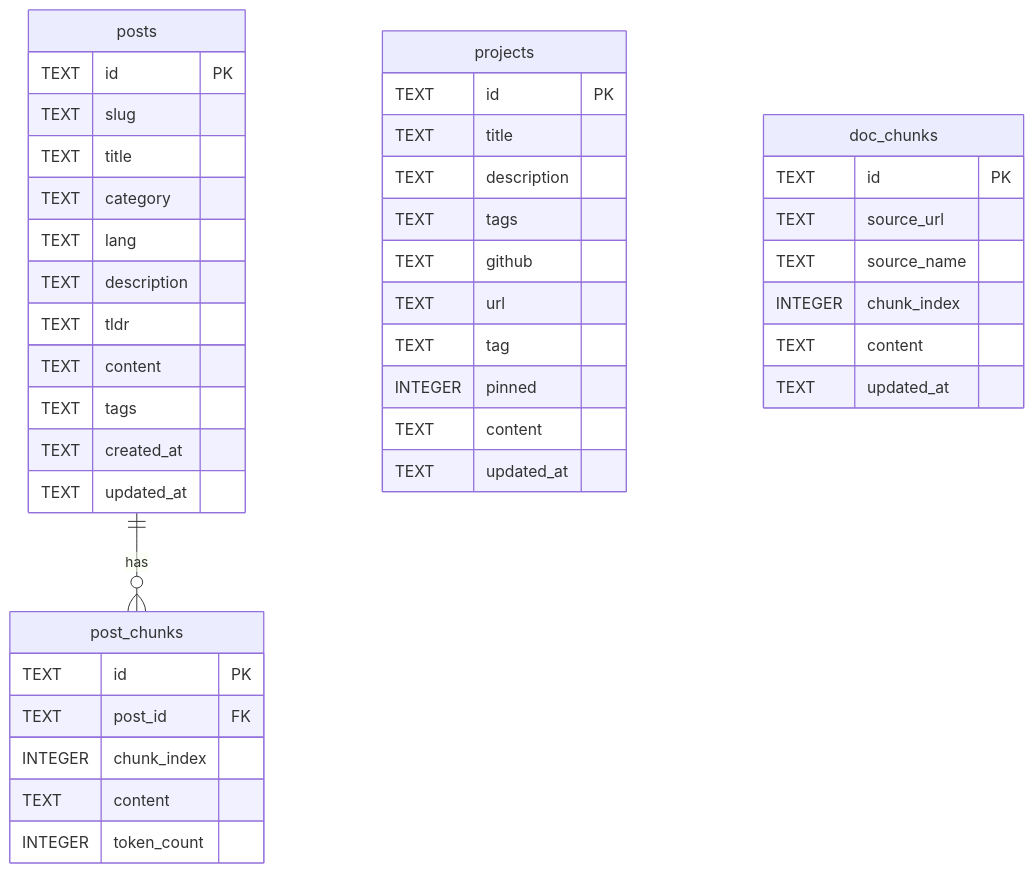
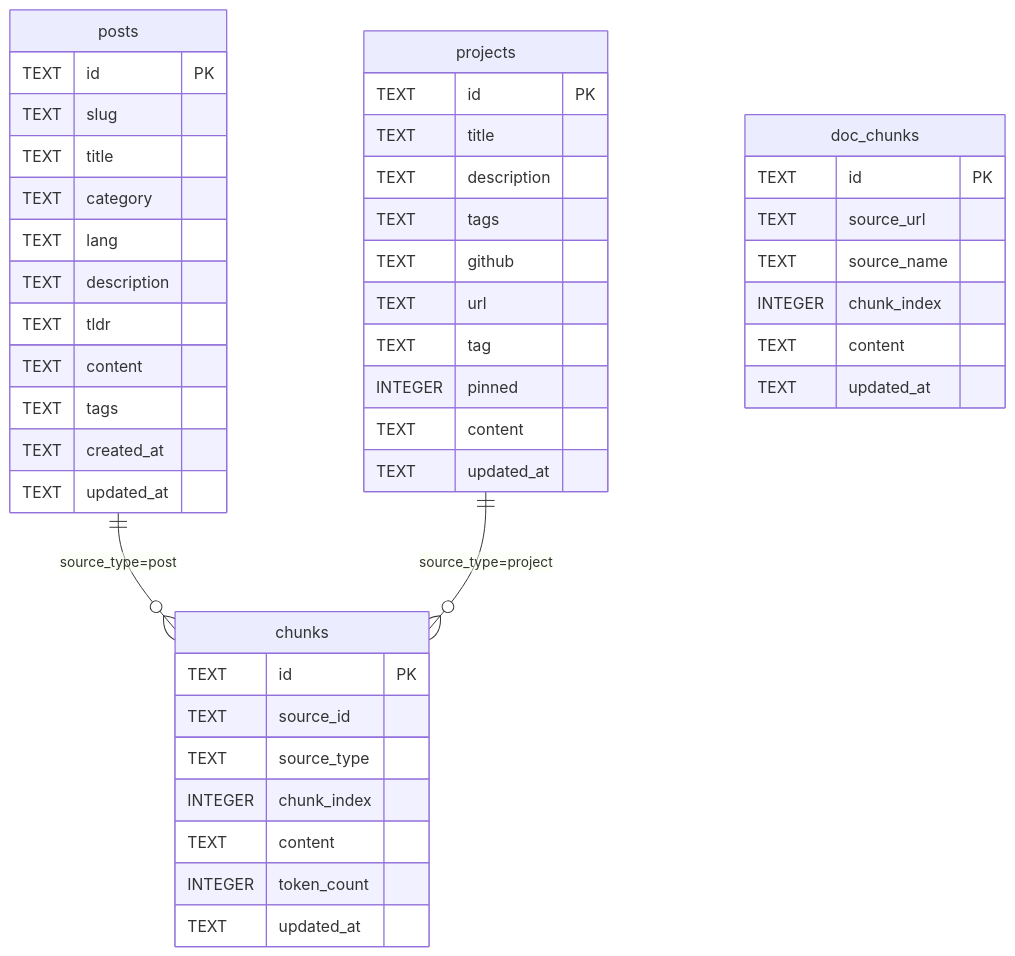
One commit to a920604a/engineernews changed the third of 3 diagrams in docs/architecture.md. Above: the diagram before and after it, drawn with Mermaid. The commit also changed 3 other files, not shown here.

Commit message:
chore: rebuild D1 schema

````diff
--- a/docs/architecture.md
+++ b/docs/architecture.md
@@ -58,45 +58,48 @@
 ```mermaid
 erDiagram
   posts {
     TEXT id PK
     TEXT slug
     TEXT title
     TEXT category
     TEXT lang
     TEXT description
     TEXT tldr
     TEXT content
     TEXT tags
     TEXT created_at
     TEXT updated_at
   }
-  post_chunks {
+  chunks {
     TEXT id PK
-    TEXT post_id FK
+    TEXT source_id
+    TEXT source_type
     INTEGER chunk_index
     TEXT content
     INTEGER token_count
+    TEXT updated_at
   }
   projects {
     TEXT id PK
     TEXT title
     TEXT description
     TEXT tags
     TEXT github
     TEXT url
     TEXT tag
     INTEGER pinned
     TEXT content
     TEXT updated_at
   }
   doc_chunks {
     TEXT id PK
     TEXT source_url
     TEXT source_name
     INTEGER chunk_index
     TEXT content
     TEXT updated_at
   }
 
-  posts ||--o{ post_chunks : "has"
+  posts ||--o{ chunks : "source_type=post"
+  projects ||--o{ chunks : "source_type=project"
 ```
````
